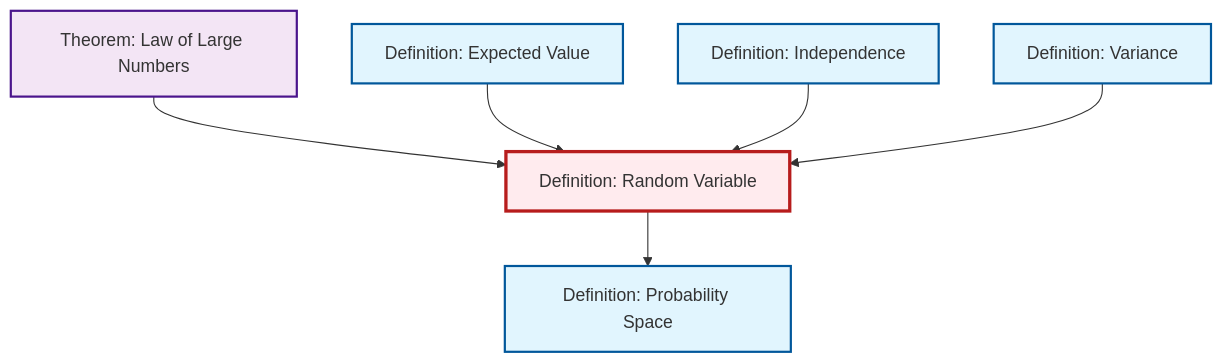
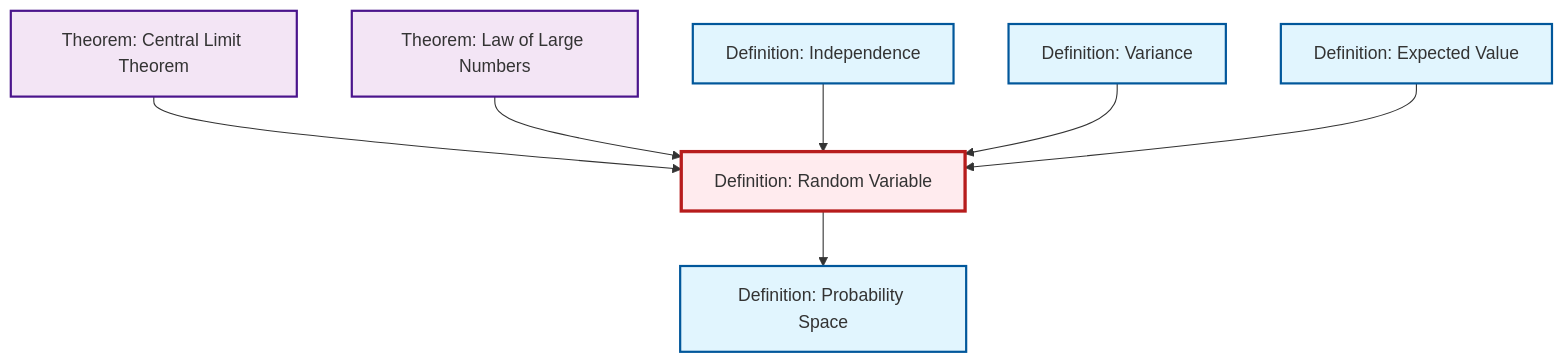
Before and after one commit to RK0429/ModernMath: the diagram in content/en/probability-statistics/def-random-variable.qmd, drawn with Mermaid. The commit also changed 491 other files, not shown here.

First line of the commit message:
feat: Add Central Limit Theorem article with comprehensive cross-references

````diff
--- a/content/en/probability-statistics/def-random-variable.qmd
+++ b/content/en/probability-statistics/def-random-variable.qmd
@@ -47,26 +47,29 @@
 ```{mermaid}
 %%| fig-cap: "Local dependency graph"
 graph TD
     classDef definition fill:#e1f5fe,stroke:#01579b,stroke-width:2px
     classDef theorem fill:#f3e5f5,stroke:#4a148c,stroke-width:2px
     classDef axiom fill:#fff3e0,stroke:#e65100,stroke-width:2px
     classDef example fill:#e8f5e9,stroke:#1b5e20,stroke-width:2px
     classDef current fill:#ffebee,stroke:#b71c1c,stroke-width:3px
+    def-expectation["Definition: Expected Value"]:::definition
+    thm-central-limit["Theorem: Central Limit Theorem"]:::theorem
+    def-random-variable["Definition: Random Variable"]:::definition
+    thm-law-of-large-numbers["Theorem: Law of Large Numbers"]:::theorem
     def-independence["Definition: Independence"]:::definition
     def-probability-space["Definition: Probability Space"]:::definition
-    def-random-variable["Definition: Random Variable"]:::definition
-    thm-law-of-large-numbers["Theorem: Law of Large Numbers"]:::theorem
     def-variance["Definition: Variance"]:::definition
-    def-expectation["Definition: Expected Value"]:::definition
+    thm-central-limit --> def-random-variable
     thm-law-of-large-numbers --> def-random-variable
-    def-random-variable --> def-probability-space
-    def-expectation --> def-random-variable
     def-independence --> def-random-variable
     def-variance --> def-random-variable
+    def-expectation --> def-random-variable
+    def-random-variable --> def-probability-space
     class def-random-variable current
+    click def-expectation "def-expectation.html" "Go to Expected Value definition"
+    click thm-central-limit "thm-central-limit.html" "Go to Central Limit Theorem theorem"
+    click thm-law-of-large-numbers "thm-law-of-large-numbers.html" "Go to Law of Large Numbers theorem"
     click def-independence "def-independence.html" "Go to Independence definition"
     click def-probability-space "def-probability-space.html" "Go to Probability Space definition"
-    click thm-law-of-large-numbers "thm-law-of-large-numbers.html" "Go to Law of Large Numbers theorem"
     click def-variance "def-variance.html" "Go to Variance definition"
-    click def-expectation "def-expectation.html" "Go to Expected Value definition"
 ```
````
